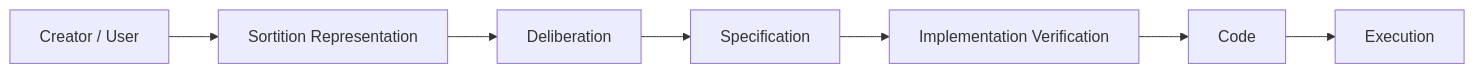
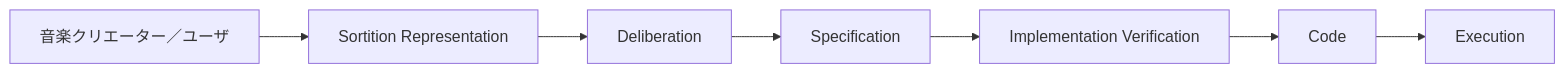
Before and after one commit to ShigeichiroYamasaki/creator-first-platform: diagram 22 of 23 in docs/whitepaper/07-governance.md, drawn with Mermaid. The commit also changed other lines of this file and 67 other files, not shown here.

````diff
--- a/docs/whitepaper/07-governance.md
+++ b/docs/whitepaper/07-governance.md
@@ -1037,12 +1090,12 @@
 ```mermaid
 flowchart LR
-    COMMUNITY[Creator / User]
+    COMMUNITY[音楽クリエーター／ユーザ]
     REPRESENT[Sortition Representation]
     DELIB[Deliberation]
     SPEC[Specification]
     VERIFY[Implementation Verification]
     CODE[Code]
     EXEC[Execution]
 
     COMMUNITY --> REPRESENT --> DELIB --> SPEC --> VERIFY --> CODE --> EXEC
 ```
````
